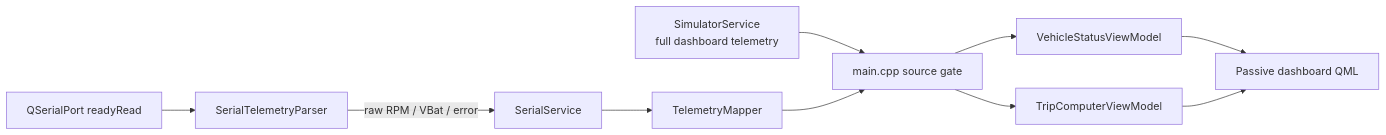
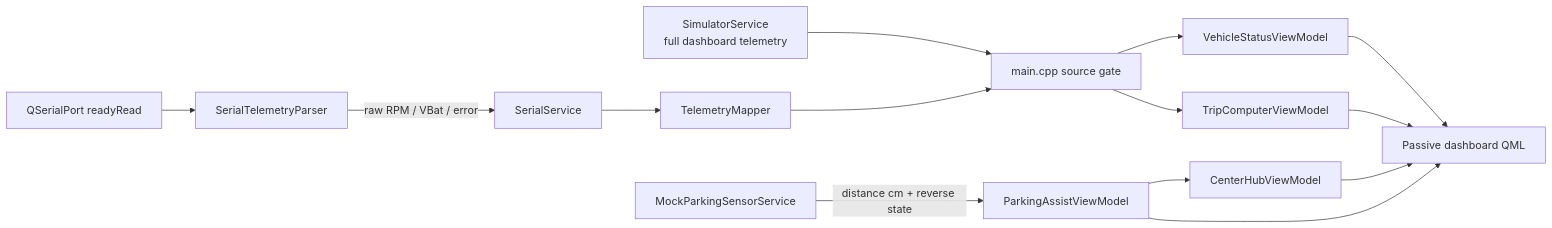
The diagram in docs/architecture.md (BUITANHUNG0411/CyberDash-STM32), drawn with Mermaid before and after one commit. The commit also changed other lines of this file and 8 other files, not shown here.

Commit message:
docs: record rear parking assist

````diff
--- a/docs/architecture.md
+++ b/docs/architecture.md
@@ -28,12 +30,16 @@
 ```mermaid
 flowchart LR
     Simulator[SimulatorService<br/>full dashboard telemetry] --> Main[main.cpp source gate]
     Port[QSerialPort readyRead] --> Parser[SerialTelemetryParser]
     Parser -->|raw RPM / VBat / error| Serial[SerialService]
     Serial --> Mapper[TelemetryMapper]
     Mapper --> Main
     Main --> Status[VehicleStatusViewModel]
     Main --> Trip[TripComputerViewModel]
+    ParkingSource[MockParkingSensorService] -->|distance cm + reverse state| Parking[ParkingAssistViewModel]
+    Parking --> Hub[CenterHubViewModel]
     Status --> DashboardQML[Passive dashboard QML]
     Trip --> DashboardQML
+    Hub --> DashboardQML
+    Parking --> DashboardQML
 ```
````
